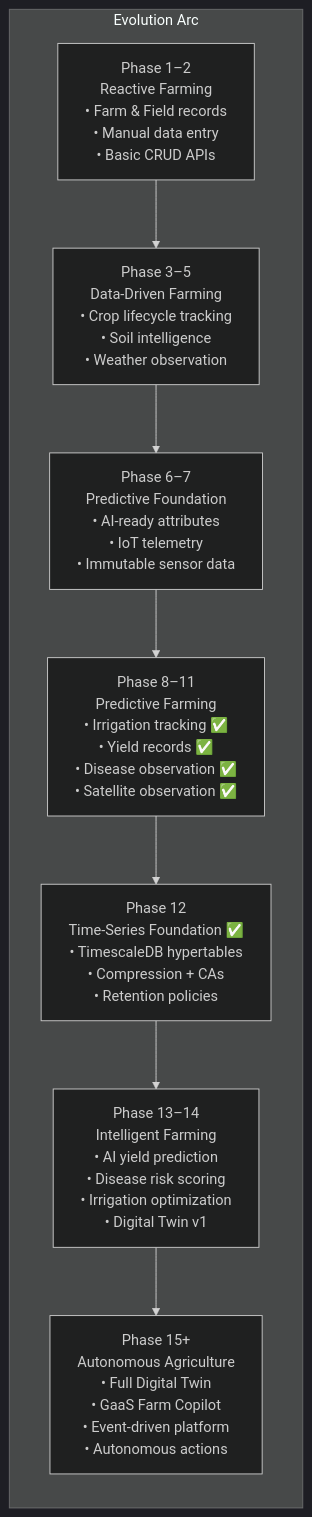
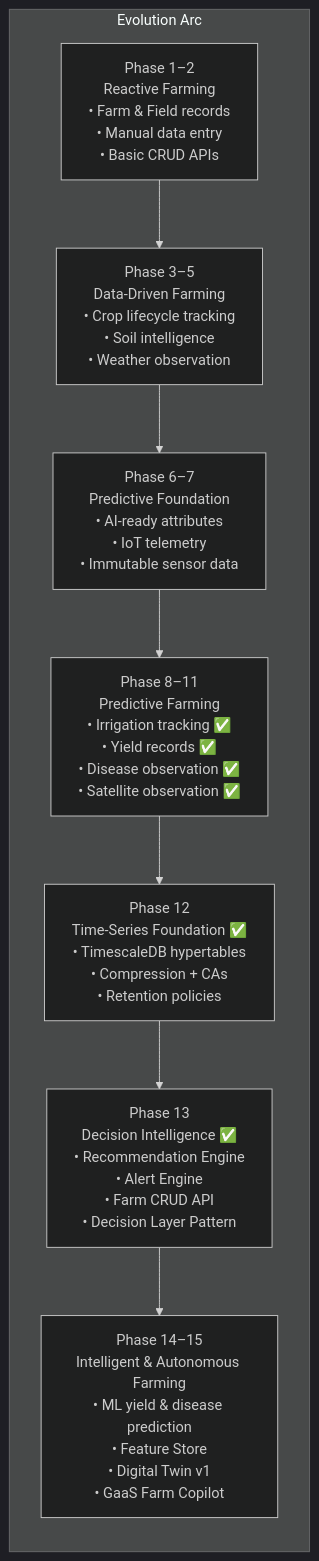
Diagram 19 of 19 in docs/reference/09-architecture-diagrams.md (santoshnarayanan/AGRIFLOW-AI), drawn with Mermaid (dark theme) before and after one commit. The commit also changed other lines of this file and 9 other files, not shown here.

````diff
--- a/docs/reference/09-architecture-diagrams.md
+++ b/docs/reference/09-architecture-diagrams.md
@@ -1505,14 +1568,14 @@
 ```mermaid
 graph LR
     subgraph "Evolution Arc"
         P1["Phase 1–2\nReactive Farming\n• Farm & Field records\n• Manual data entry\n• Basic CRUD APIs"]
         P2["Phase 3–5\nData-Driven Farming\n• Crop lifecycle tracking\n• Soil intelligence\n• Weather observation"]
         P3["Phase 6–7\nPredictive Foundation\n• AI-ready attributes\n• IoT telemetry\n• Immutable sensor data"]
         P4["Phase 8–11\nPredictive Farming\n• Irrigation tracking ✅\n• Yield records ✅\n• Disease observation ✅\n• Satellite observation ✅"]
         P4B["Phase 12\nTime-Series Foundation ✅\n• TimescaleDB hypertables\n• Compression + CAs\n• Retention policies"]
-        P5["Phase 13–14\nIntelligent Farming\n• AI yield prediction\n• Disease risk scoring\n• Irrigation optimization\n• Digital Twin v1"]
-        P6["Phase 15+\nAutonomous Agriculture\n• Full Digital Twin\n• GaaS Farm Copilot\n• Event-driven platform\n• Autonomous actions"]
+        P5["Phase 13\nDecision Intelligence ✅\n• Recommendation Engine\n• Alert Engine\n• Farm CRUD API\n• Decision Layer Pattern"]
+        P6["Phase 14–15\nIntelligent & Autonomous Farming\n• ML yield & disease prediction\n• Feature Store\n• Digital Twin v1\n• GaaS Farm Copilot"]
     end
 
     P1 --> P2 --> P3 --> P4 --> P4B --> P5 --> P6
 ```
````
